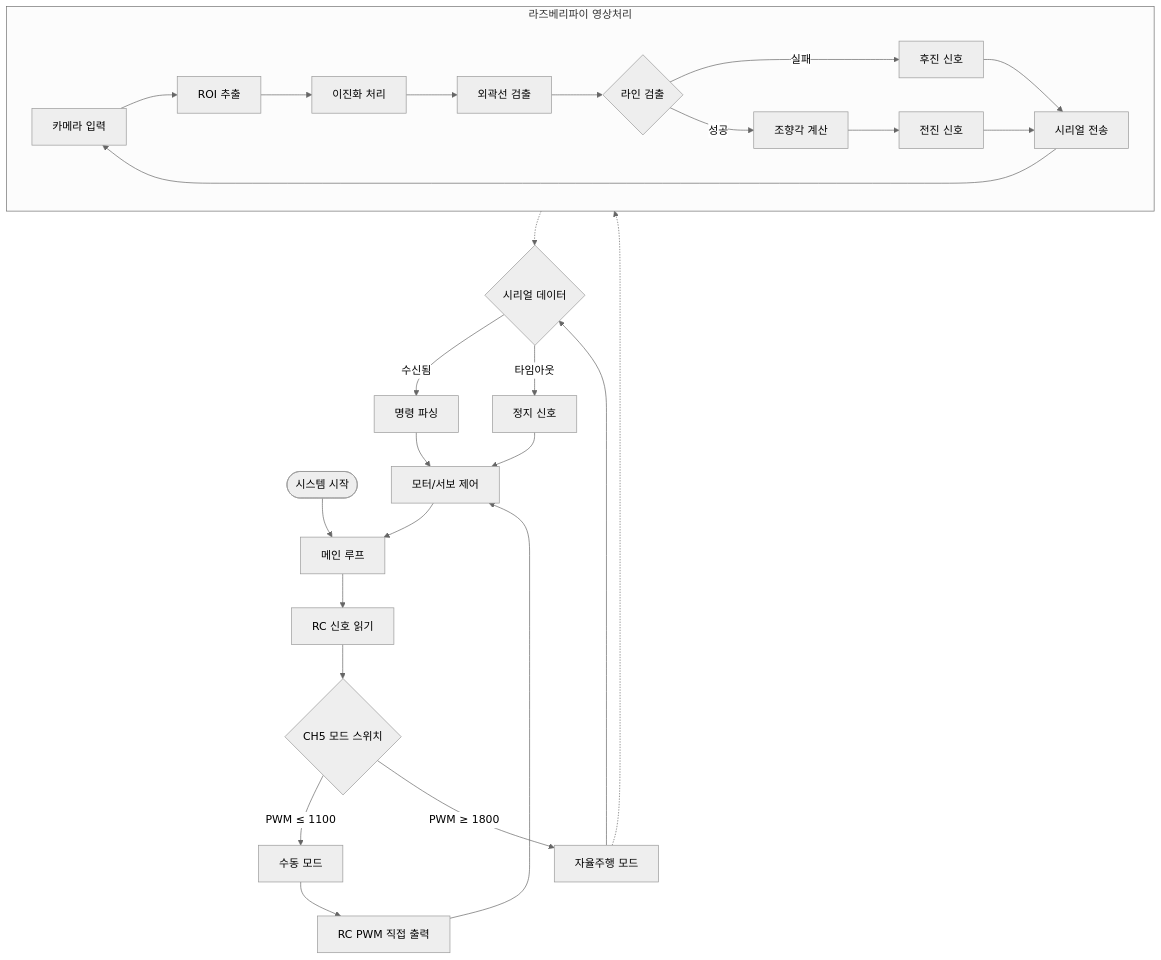
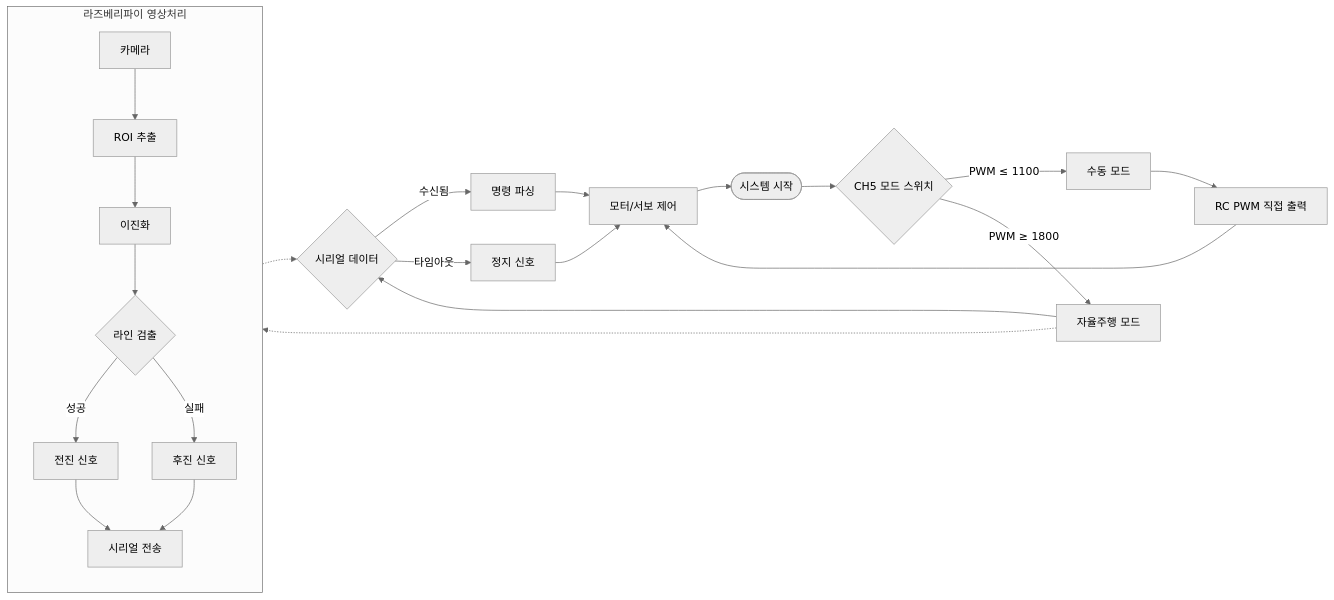
One commit to happycat0502/mission_3 changed the diagram in README.md. Above: the diagram before and after it, drawn with Mermaid (neutral theme).

````diff
--- a/README.md
+++ b/README.md
@@ -224,38 +224,30 @@
 ```mermaid
-flowchart TD
-    Start([시스템 시작]) --> Loop[메인 루프]
-    Loop --> ReadPWM[RC 신호 읽기]
-    ReadPWM --> CheckMode{CH5 모드 스위치}
+flowchart LR
+    Start([시스템 시작]) --> CheckMode{CH5 모드 스위치}
     
     CheckMode -->|PWM ≤ 1100| Manual[수동 모드]
     CheckMode -->|PWM ≥ 1800| Auto[자율주행 모드]
     
     Manual --> RCControl[RC PWM 직접 출력]
+    Auto --> SerialRead{시리얼 데이터}
+    
     RCControl --> MotorOutput[모터/서보 제어]
-    
-    Auto --> SerialRead{시리얼 데이터}
     SerialRead -->|수신됨| ParseCmd[명령 파싱]
     SerialRead -->|타임아웃| Stop[정지 신호]
     
     ParseCmd --> MotorOutput
     Stop --> MotorOutput
-    MotorOutput --> Loop
+    MotorOutput --> Start
     
     subgraph Vision [라즈베리파이 영상처리]
-        Camera[카메라 입력] --> ROI[ROI 추출]
-        ROI --> Binary[이진화 처리]
-        Binary --> Contour[외곽선 검출]
-        Contour --> LineCheck{라인 검출}
-        
-        LineCheck -->|성공| CalcSteering[조향각 계산]
+        Camera[카메라] --> ROI[ROI 추출] --> Binary[이진화]
+        Binary --> LineCheck{라인 검출}
+        LineCheck -->|성공| Forward[전진 신호]
         LineCheck -->|실패| Reverse[후진 신호]
-        
-        CalcSteering --> Forward[전진 신호]
-        Reverse --> SendSerial[시리얼 전송]
-        Forward --> SendSerial
-        SendSerial --> Camera
+        Forward --> SendSerial[시리얼 전송]
+        Reverse --> SendSerial
     end
     
     Auto -.-> Vision
     Vision -.-> SerialRead
 ```
````
